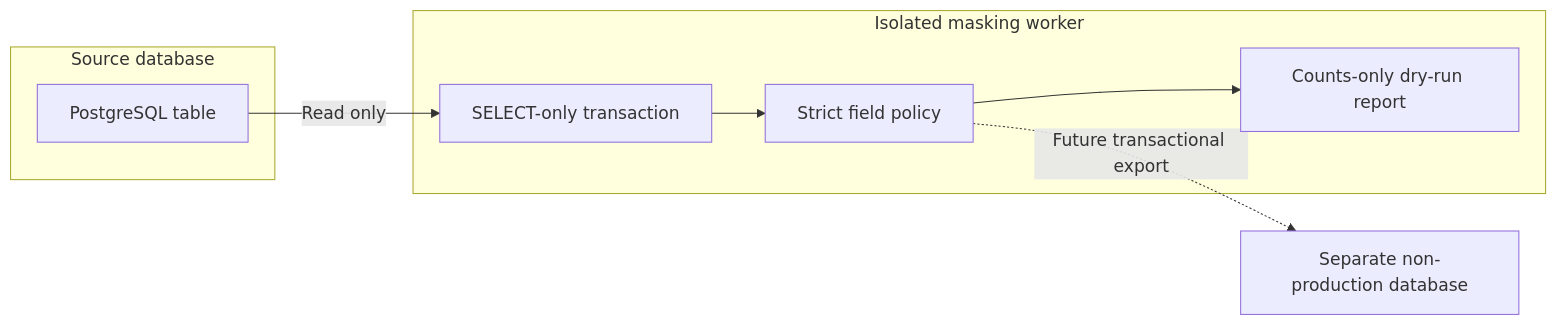
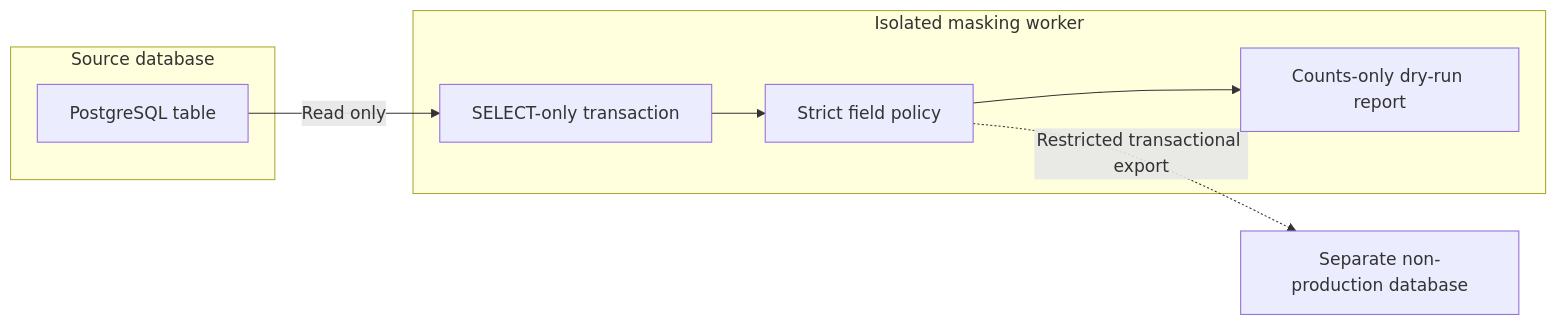
The fifth of 7 diagrams in README.md (hamzador/DataMask4j), drawn with Mermaid before and after one commit. The commit also changed other lines of this file and 6 other files, not shown here.

Commit message:
feat: add restricted transactional PostgreSQL test-data export

````diff
--- a/README.md
+++ b/README.md
@@ -139,14 +139,14 @@
 ```mermaid
 flowchart LR
     subgraph Source[Source database]
         S[PostgreSQL table]
     end
     subgraph Worker[Isolated masking worker]
         P[SELECT-only transaction]
         M[Strict field policy]
         R[Counts-only dry-run report]
         P --> M --> R
     end
     S -->|Read only| P
-    M -. Future transactional export .-> T[Separate non-production database]
+    M -. Restricted transactional export .-> T[Separate non-production database]
 ```
````
